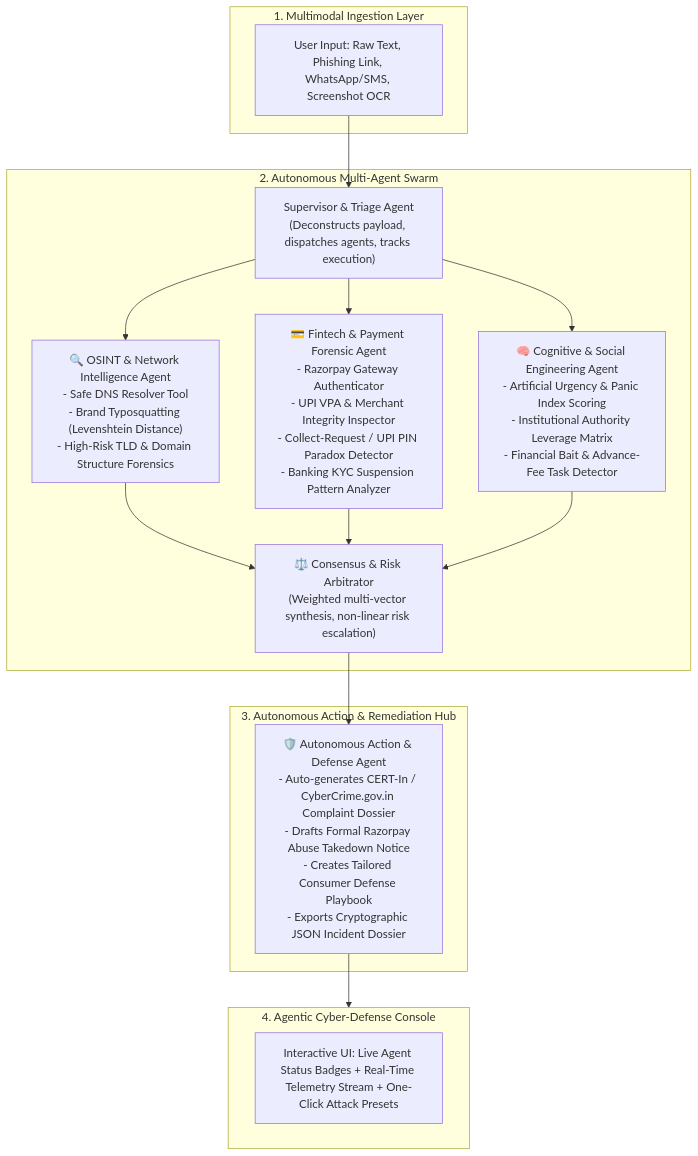
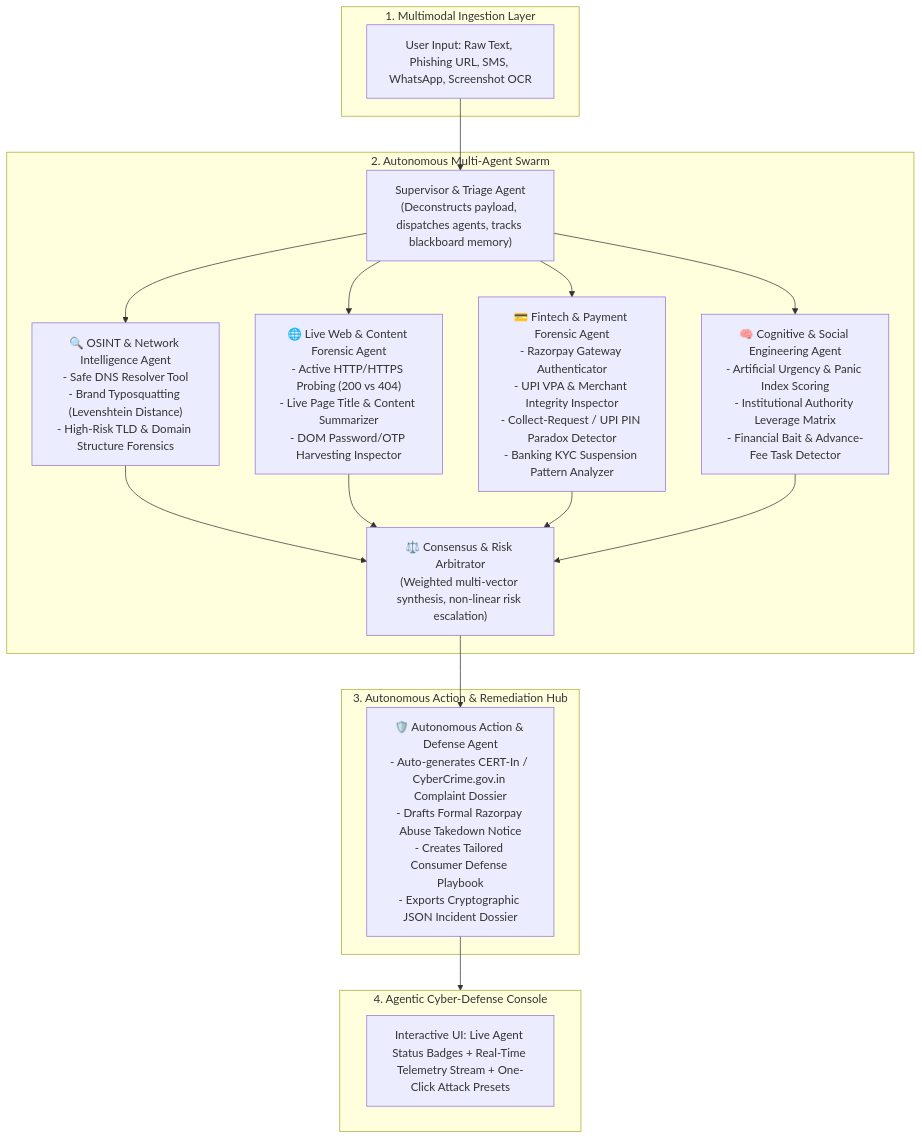
The diagram in README.md (anshul-kumar07/Sentinal-AI-Razorpay-Edition), drawn with Mermaid before and after one commit. The commit also changed other lines of this file and 5 other files, not shown here.

````diff
--- a/README.md
+++ b/README.md
@@ -38,36 +54,40 @@
 ```mermaid
 flowchart TD
     subgraph Ingestion["1. Multimodal Ingestion Layer"]
-        Input["User Input: Raw Text, Phishing Link, WhatsApp/SMS, Screenshot OCR"]
+        Input["User Input: Raw Text, Phishing URL, SMS, WhatsApp, Screenshot OCR"]
     end
 
     subgraph Swarm["2. Autonomous Multi-Agent Swarm"]
-        Orchestrator["Supervisor & Triage Agent\n(Deconstructs payload, dispatches agents, tracks execution)"]
+        Orchestrator["Supervisor & Triage Agent\n(Deconstructs payload, dispatches agents, tracks blackboard memory)"]
         
         OSINT["🔍 OSINT & Network Intelligence Agent\n- Safe DNS Resolver Tool\n- Brand Typosquatting (Levenshtein Distance)\n- High-Risk TLD & Domain Structure Forensics"]
+
+        WEB["🌐 Live Web & Content Forensic Agent\n- Active HTTP/HTTPS Probing (200 vs 404)\n- Live Page Title & Content Summarizer\n- DOM Password/OTP Harvesting Inspector"]
         
         Fintech["💳 Fintech & Payment Forensic Agent\n- Razorpay Gateway Authenticator\n- UPI VPA & Merchant Integrity Inspector\n- Collect-Request / UPI PIN Paradox Detector\n- Banking KYC Suspension Pattern Analyzer"]
         
         Cognitive["🧠 Cognitive & Social Engineering Agent\n- Artificial Urgency & Panic Index Scoring\n- Institutional Authority Leverage Matrix\n- Financial Bait & Advance-Fee Task Detector"]
         
         Arbitrator["⚖️ Consensus & Risk Arbitrator\n(Weighted multi-vector synthesis, non-linear risk escalation)"]
     end
 
     subgraph Remediation["3. Autonomous Action & Remediation Hub"]
         Defense["🛡️ Autonomous Action & Defense Agent\n- Auto-generates CERT-In / CyberCrime.gov.in Complaint Dossier\n- Drafts Formal Razorpay Abuse Takedown Notice\n- Creates Tailored Consumer Defense Playbook\n- Exports Cryptographic JSON Incident Dossier"]
     end
 
     subgraph Console["4. Agentic Cyber-Defense Console"]
         UI["Interactive UI: Live Agent Status Badges + Real-Time Telemetry Stream + One-Click Attack Presets"]
     end
 
     Input --> Orchestrator
     Orchestrator --> OSINT
+    Orchestrator --> WEB
     Orchestrator --> Fintech
     Orchestrator --> Cognitive
     OSINT --> Arbitrator
+    WEB --> Arbitrator
     Fintech --> Arbitrator
     Cognitive --> Arbitrator
     Arbitrator --> Defense
     Defense --> Console
 ```
````
